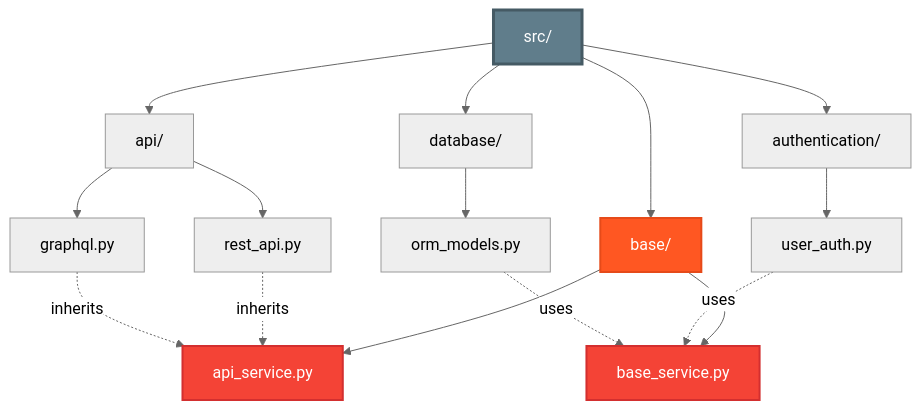
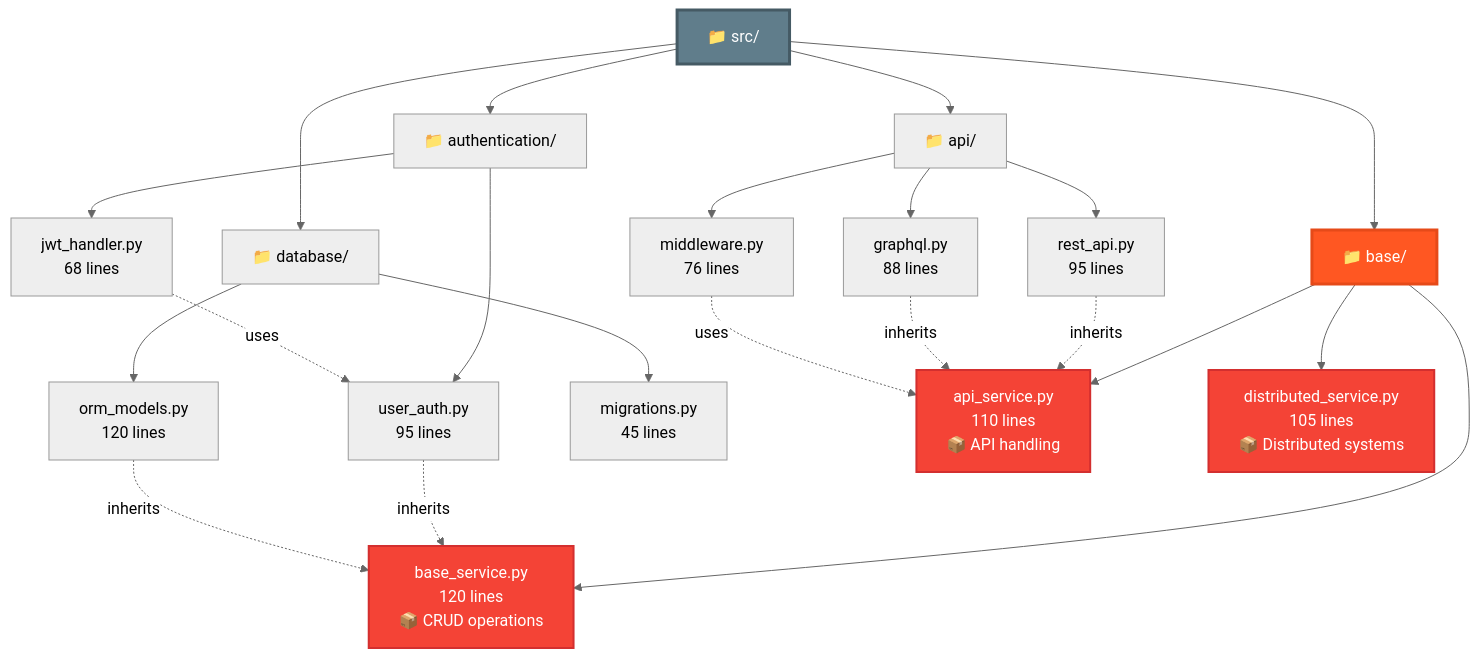
Before and after one commit to DivyamTalwar/BLUEPRINT: the third of 6 diagrams in README.md, drawn with Mermaid (neutral theme). The commit also changed other lines of this file, not shown here.

````diff
--- a/README.md
+++ b/README.md
@@ -169,29 +293,36 @@
 ```mermaid
 graph TB
-    ROOT[src/]
+    ROOT[📁 src/]
 
-    ROOT --> API[api/]
-    ROOT --> AUTH[authentication/]
-    ROOT --> DB[database/]
-    ROOT --> BASE[base/]
+    ROOT --> API[📁 api/]
+    ROOT --> AUTH[📁 authentication/]
+    ROOT --> DB[📁 database/]
+    ROOT --> BASE[📁 base/]
 
-    API --> REST[rest_api.py]
-    API --> GRAPHQL[graphql.py]
+    API --> REST[rest_api.py<br/>95 lines]
+    API --> GRAPHQL[graphql.py<br/>88 lines]
+    API --> MIDDLEWARE[middleware.py<br/>76 lines]
 
-    AUTH --> USER[user_auth.py]
+    AUTH --> USERAUTH[user_auth.py<br/>95 lines]
+    AUTH --> JWT[jwt_handler.py<br/>68 lines]
 
-    DB --> ORM[orm_models.py]
+    DB --> ORM[orm_models.py<br/>120 lines]
+    DB --> MIGRATIONS[migrations.py<br/>45 lines]
 
-    BASE --> BASESERVICE[base_service.py]
-    BASE --> APISERVICE[api_service.py]
+    BASE --> BASESERVICE[base_service.py<br/>120 lines<br/>📦 CRUD operations]
+    BASE --> APISERVICE[api_service.py<br/>110 lines<br/>📦 API handling]
+    BASE --> DISTSERVICE[distributed_service.py<br/>105 lines<br/>📦 Distributed systems]
 
     REST -.inherits.-> APISERVICE
     GRAPHQL -.inherits.-> APISERVICE
-    USER -.uses.-> BASESERVICE
-    ORM -.uses.-> BASESERVICE
+    MIDDLEWARE -.uses.-> APISERVICE
+    USERAUTH -.inherits.-> BASESERVICE
+    ORM -.inherits.-> BASESERVICE
+    JWT -.uses.-> USERAUTH
 
     style ROOT fill:#607D8B,stroke:#455A64,stroke-width:3px,color:#fff
-    style BASE fill:#FF5722,stroke:#E64A19,stroke-width:2px,color:#fff
+    style BASE fill:#FF5722,stroke:#E64A19,stroke-width:3px,color:#fff
     style BASESERVICE fill:#F44336,stroke:#D32F2F,stroke-width:2px,color:#fff
     style APISERVICE fill:#F44336,stroke:#D32F2F,stroke-width:2px,color:#fff
+    style DISTSERVICE fill:#F44336,stroke:#D32F2F,stroke-width:2px,color:#fff
 ```
````
